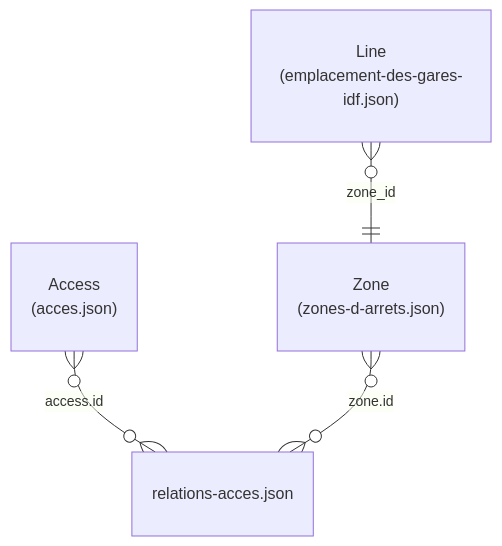
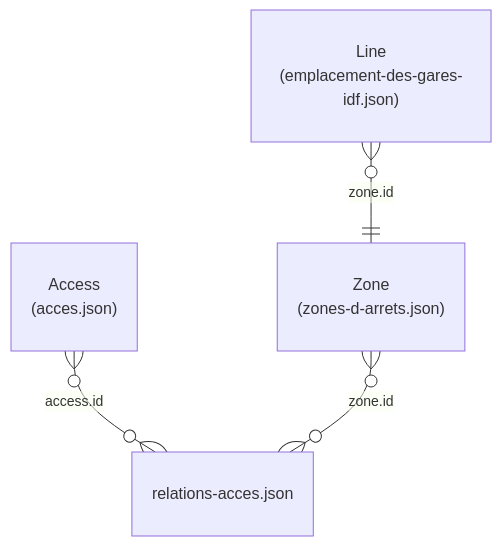
One commit to YBadiss/metro-photos changed the diagram in README.md. Above: the diagram before and after it, drawn with Mermaid. The commit also changed other lines of this file and 14 other files, not shown here.

````diff
--- a/README.md
+++ b/README.md
@@ -15,6 +15,6 @@
 ```mermaid
 erDiagram
   "Access<br>(acces.json)" }o--o{ "relations-acces.json" : "access.id"
   "Zone<br>(zones-d-arrets.json)" }o--o{ "relations-acces.json" : "zone.id"
-  "Line<br>(emplacement-des-gares-idf.json)" }o--|| "Zone<br>(zones-d-arrets.json)" : "zone_id"
+  "Line<br>(emplacement-des-gares-idf.json)" }o--|| "Zone<br>(zones-d-arrets.json)" : "zone.id"
 ```
````
